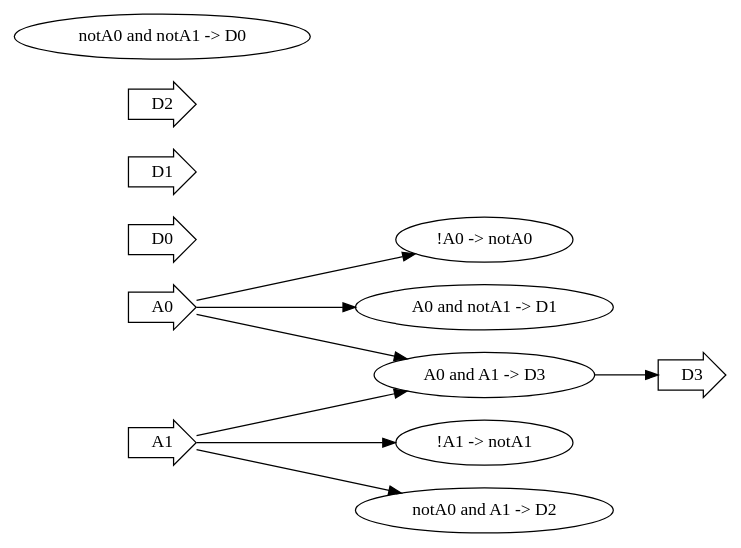
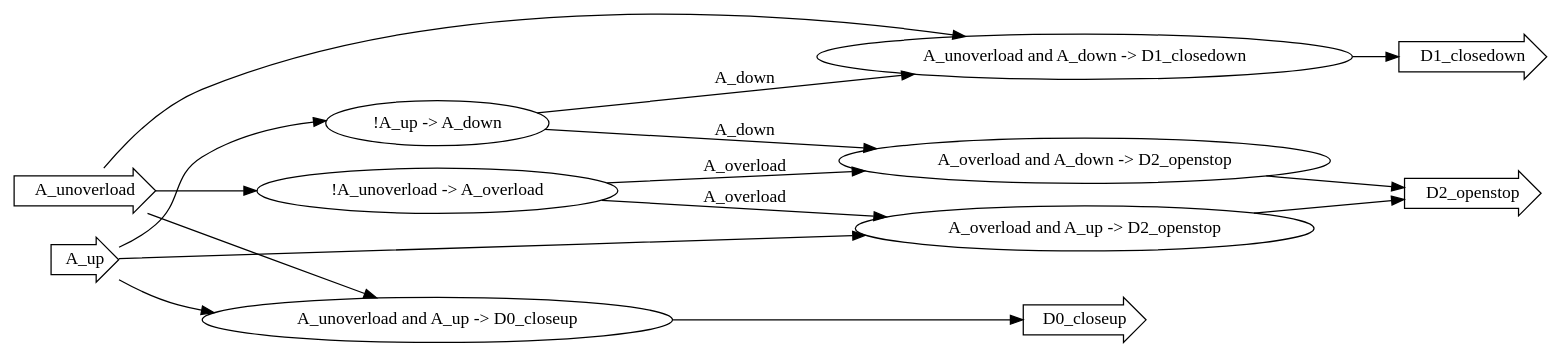
Before and after one commit to lzt-pro/CPO-lab2: the diagram in src/demo/Source.gv, drawn with Graphviz. The commit also changed 5 other files, not shown here.

```diff
--- a/src/demo/Source.gv
+++ b/src/demo/Source.gv
@@ -1,22 +1,28 @@
 digraph G {
  rankdir=LR;
- A0[shape=rarrow];
- A1[shape=rarrow];
- D0[shape=rarrow];
- D1[shape=rarrow];
- D2[shape=rarrow];
- D3[shape=rarrow];
- n_0[label="!A0 -> notA0"];
- n_1[label="!A1 -> notA1"];
- n_2[label="notA0 and notA1 -> D0"];
- n_3[label="A0 and notA1 -> D1"];
- n_4[label="notA0 and A1 -> D2"];
- n_5[label="A0 and A1 -> D3"];
- A0 -> n_0;
- A1 -> n_1;
- A0 -> n_3;
- A1 -> n_4;
- A0 -> n_5;
- A1 -> n_5;
- n_5 -> D3;
+ A_unoverload[shape=rarrow];
+ A_up[shape=rarrow];
+ D0_closeup[shape=rarrow];
+ D1_closedown[shape=rarrow];
+ D2_openstop[shape=rarrow];
+ n_0[label="!A_unoverload -> A_overload"];
+ n_1[label="!A_up -> A_down"];
+ n_2[label="A_unoverload and A_up -> D0_closeup"];
+ n_3[label="A_unoverload and A_down -> D1_closedown"];
+ n_4[label="A_overload and A_up -> D2_openstop"];
+ n_5[label="A_overload and A_down -> D2_openstop"];
+ A_unoverload -> n_0;
+ A_up -> n_1;
+ A_unoverload -> n_2;
+ A_up -> n_2;
+ n_2 -> D0_closeup;
+ A_unoverload -> n_3;
+ n_1 -> n_3[label="A_down"];
+ n_3 -> D1_closedown;
+ A_up -> n_4;
+ n_0 -> n_4[label="A_overload"];
+ n_4 -> D2_openstop;
+ n_0 -> n_5[label="A_overload"];
+ n_1 -> n_5[label="A_down"];
+ n_5 -> D2_openstop;
 }
```
